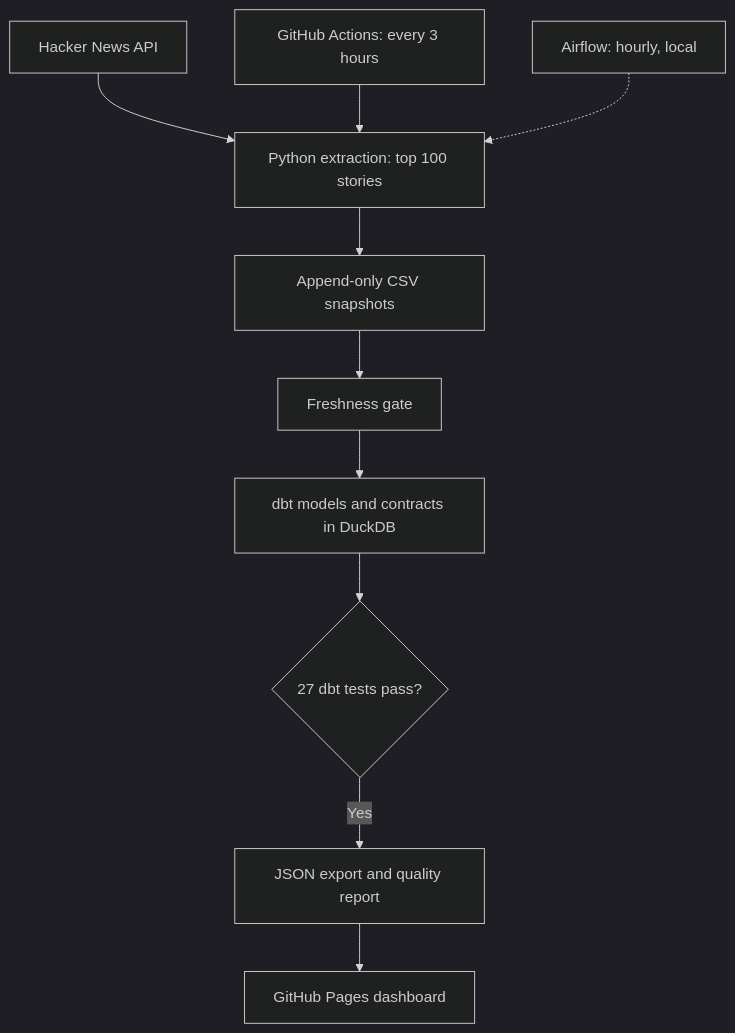
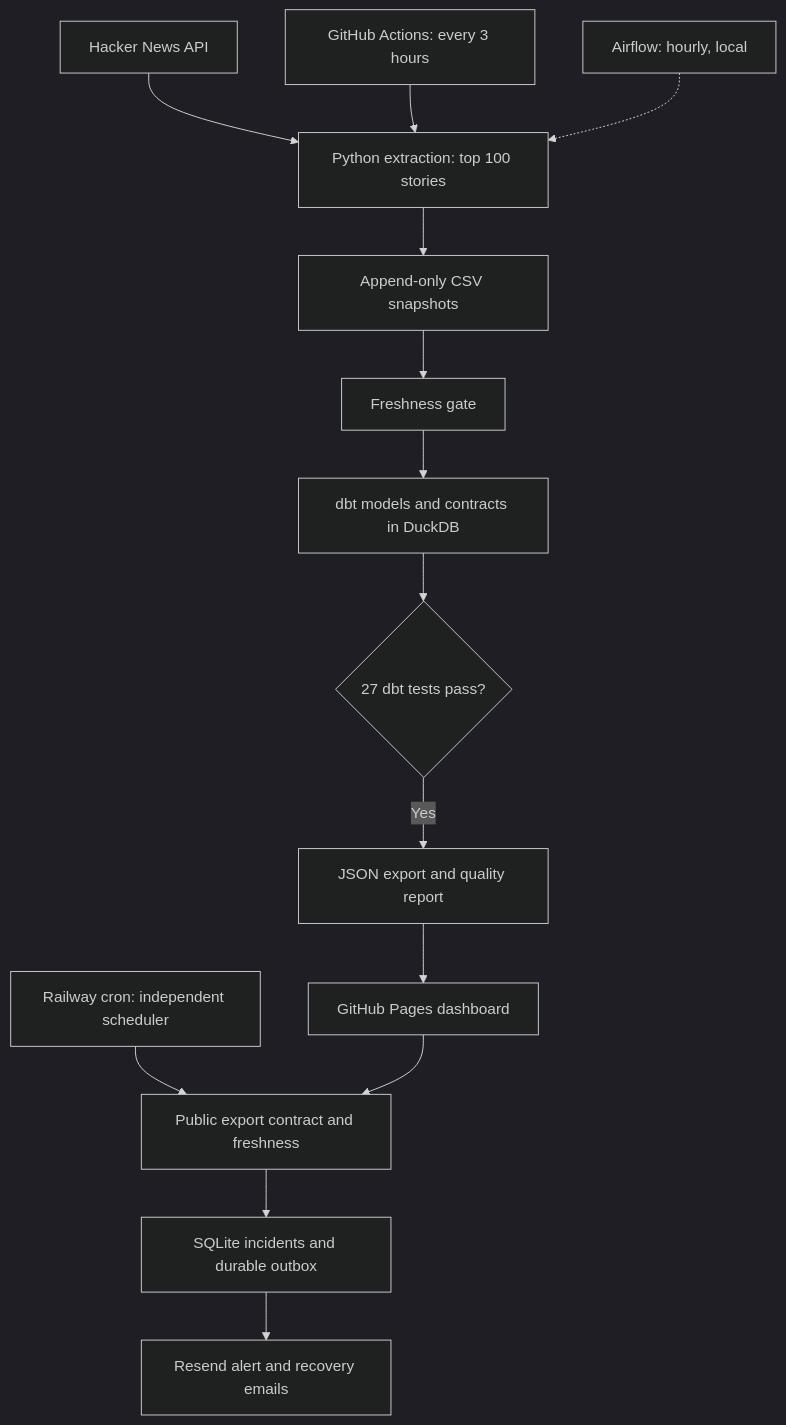
Before and after one commit to VasilenData/hn-pulse: the diagram in README.md, drawn with Mermaid (dark theme). The commit also changed other lines of this file and 6 other files, not shown here.

First line of the commit message:
Record independent monitoring, real recovery and verified email delivery (#7)

````diff
--- a/README.md
+++ b/README.md
@@ -17,12 +17,16 @@
 ```mermaid
 flowchart TD
     A["Hacker News API"] --> B["Python extraction: top 100 stories"]
     H["GitHub Actions: every 3 hours"] --> B
     G["Airflow: hourly, local"] -.-> B
     B --> C["Append-only CSV snapshots"]
     C --> I["Freshness gate"]
     I --> J["dbt models and contracts in DuckDB"]
     J --> D{"27 dbt tests pass?"}
     D -->|Yes| E["JSON export and quality report"]
     E --> F["GitHub Pages dashboard"]
+    K["Railway cron: independent scheduler"] --> L["Public export contract and freshness"]
+    F --> L
+    L --> M["SQLite incidents and durable outbox"]
+    M --> N["Resend alert and recovery emails"]
 ```
````
